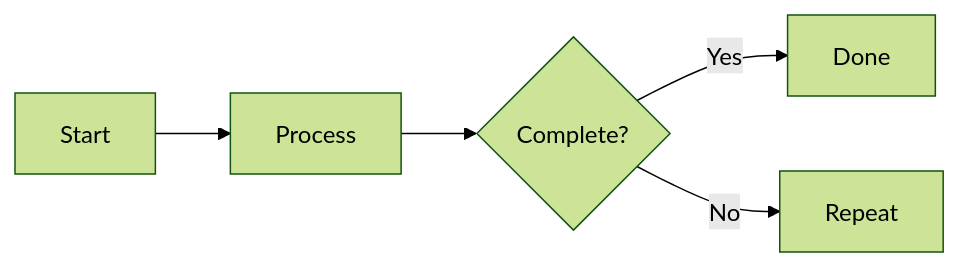
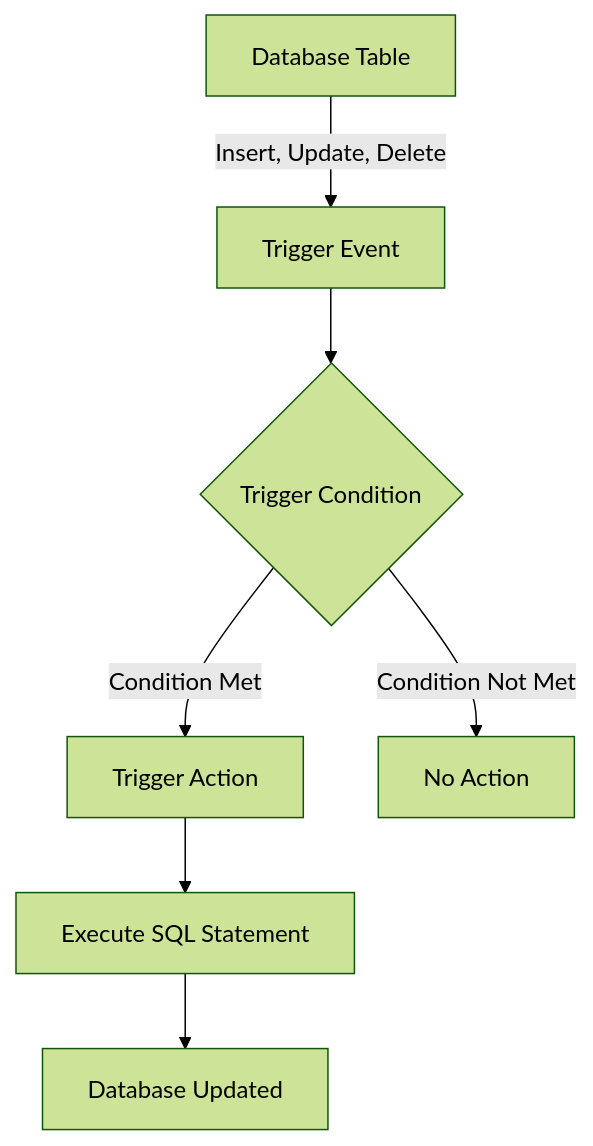
One commit to ADirin/DataBase_Solution changed the diagram in Week4_Trigger_Events/Readme.md. Above: the diagram before and after it, drawn with Mermaid (forest theme). The commit also changed other lines of this file, not shown here.

`````diff
--- a/Week4_Trigger_Events/Readme.md
+++ b/Week4_Trigger_Events/Readme.md
@@ -27,7 +23,9 @@
 ```mermaid
-graph LR;
-    A[Start] --> B[Process];
-    B --> C{Complete?};
-    C -->|Yes| D[Done];
-    C -->|No| E[Repeat];
-````
+graph TD;
+    A[Database Table] -->|Insert, Update, Delete| B[Trigger Event];
+    B --> C{Trigger Condition};
+    C -->|Condition Met| D[Trigger Action];
+    C -->|Condition Not Met| E[No Action];
+    D --> F[Execute SQL Statement];
+    F --> G[Database Updated];
+```
`````
